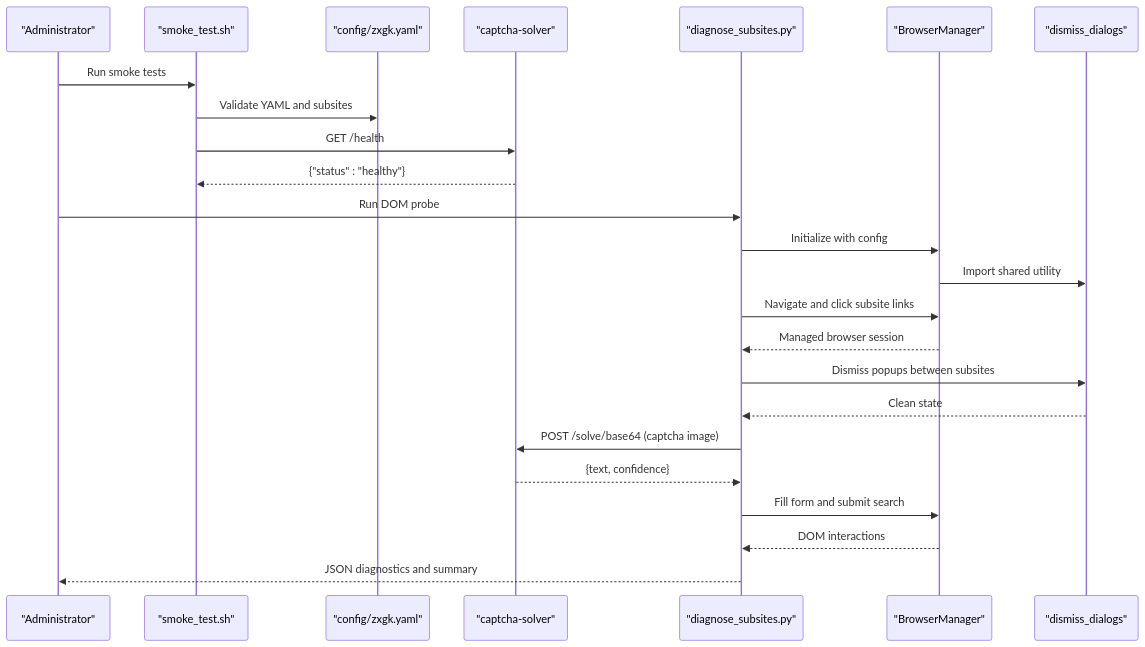
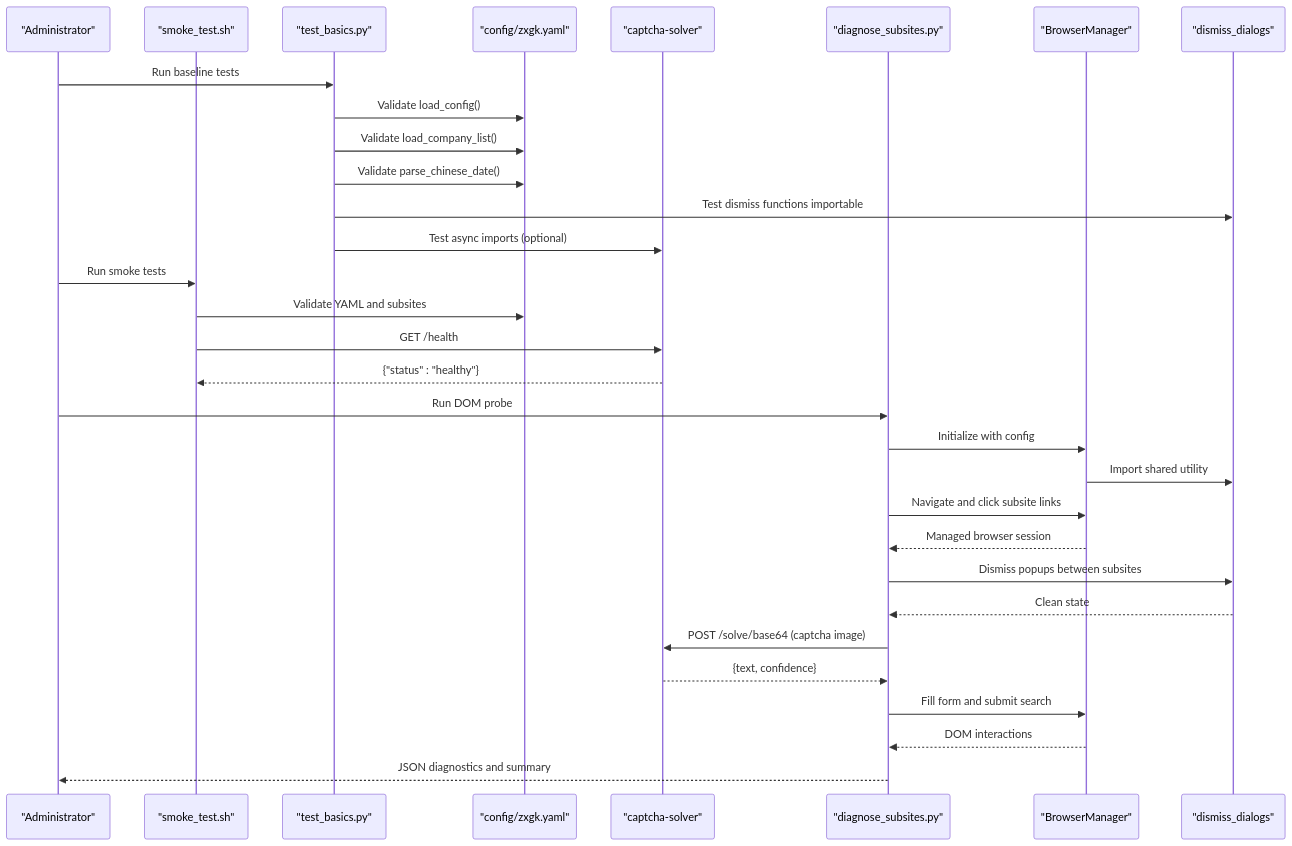
Before and after one commit to supotato-ipj/zxgk_auto_query-skill: the second of 9 diagrams in .qoder/repowiki/en/content/System Diagnostics.md, drawn with Mermaid. The commit also changed other lines of this file and 19 other files, not shown here.

````diff
--- a/.qoder/repowiki/en/content/System Diagnostics.md
+++ b/.qoder/repowiki/en/content/System Diagnostics.md
@@ -136,26 +148,33 @@
 ```mermaid
 sequenceDiagram
 participant Admin as "Administrator"
 participant Script as "smoke_test.sh"
+participant Basics as "test_basics.py"
 participant Config as "config/zxgk.yaml"
 participant OCR as "captcha-solver"
 participant Subsites as "diagnose_subsites.py"
 participant BM as "BrowserManager"
 participant Dialogs as "dismiss_dialogs"
+Admin->>Basics : Run baseline tests
+Basics->>Config : Validate load_config()
+Basics->>Config : Validate load_company_list()
+Basics->>Config : Validate parse_chinese_date()
+Basics->>Dialogs : Test dismiss functions importable
+Basics->>OCR : Test async imports (optional)
 Admin->>Script : Run smoke tests
 Script->>Config : Validate YAML and subsites
 Script->>OCR : GET /health
 OCR-->>Script : {"status" : "healthy"}
 Admin->>Subsites : Run DOM probe
 Subsites->>BM : Initialize with config
 BM->>Dialogs : Import shared utility
 Subsites->>BM : Navigate and click subsite links
 BM-->>Subsites : Managed browser session
 Subsites->>Dialogs : Dismiss popups between subsites
 Dialogs-->>Subsites : Clean state
 Subsites->>OCR : POST /solve/base64 (captcha image)
 OCR-->>Subsites : {text, confidence}
 Subsites->>BM : Fill form and submit search
 BM-->>Subsites : DOM interactions
 Subsites-->>Admin : JSON diagnostics and summary
 ```
````
